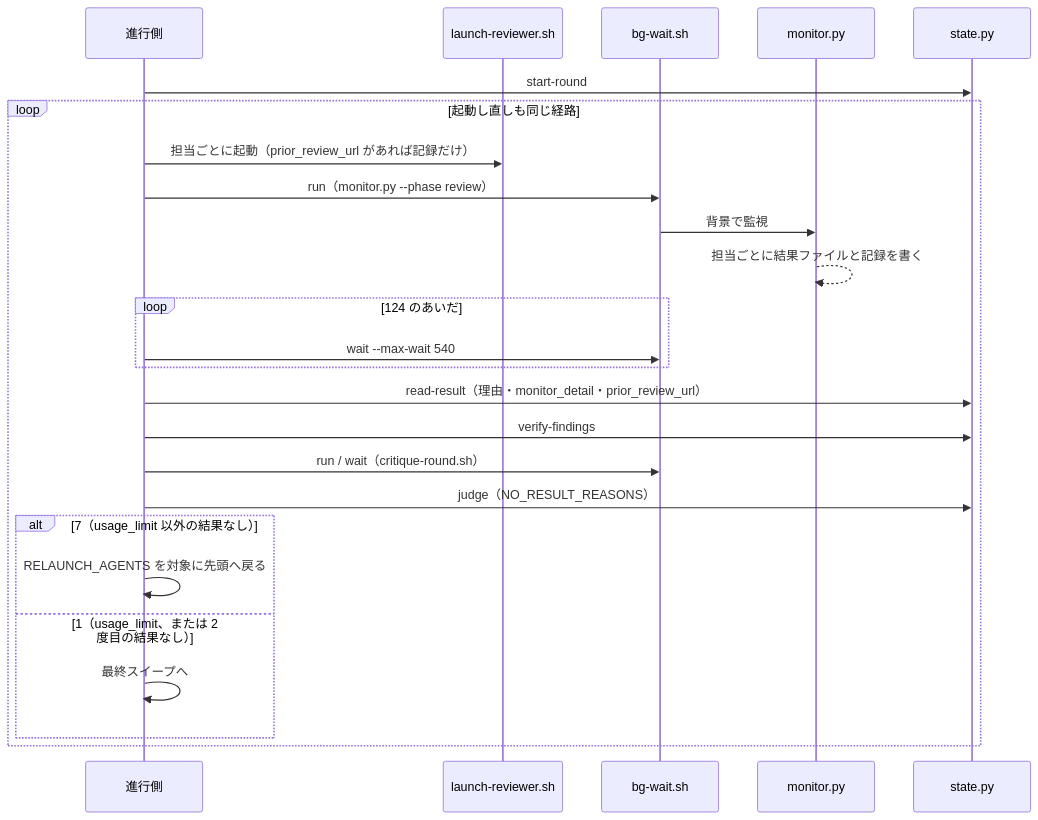
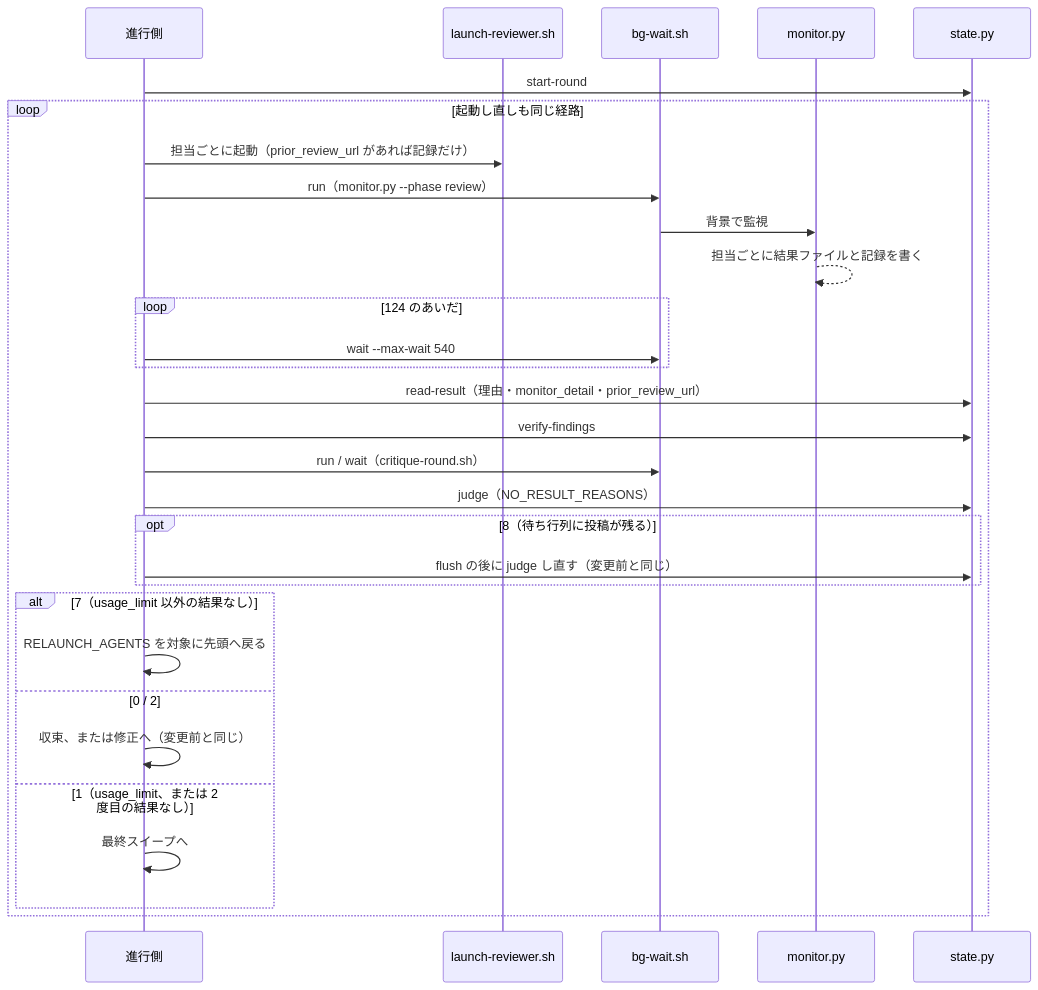
One commit to devbasex/ai-plugins changed the third of 5 diagrams in issues/issue-662-598-537-619-584-583-design.md. Above: the diagram before and after it, drawn with Mermaid. The commit also changed other lines of this file and 2 other files, not shown here.

Commit message:
Fix: 判定の終了コード 8 の枝の保持、HTTP 429 の分け方、claude の stdout.log の除外の例外、propose-tests の正規化を明記する（#666 レビュー対応）

````diff
--- a/issues/issue-662-598-537-619-584-583-design.md
+++ b/issues/issue-662-598-537-619-584-583-design.md
@@ -310,27 +311,32 @@
 ```mermaid
 sequenceDiagram
     participant H as 進行側
     participant L as launch-reviewer.sh
     participant B as bg-wait.sh
     participant M as monitor.py
     participant S as state.py
     H->>S: start-round
     loop 起動し直しも同じ経路
         H->>L: 担当ごとに起動（prior_review_url があれば記録だけ）
         H->>B: run（monitor.py --phase review）
         B->>M: 背景で監視
         M-->>M: 担当ごとに結果ファイルと記録を書く
         loop 124 のあいだ
             H->>B: wait --max-wait 540
         end
         H->>S: read-result（理由・monitor_detail・prior_review_url）
         H->>S: verify-findings
         H->>B: run / wait（critique-round.sh）
         H->>S: judge（NO_RESULT_REASONS）
+        opt 8（待ち行列に投稿が残る）
+            H->>S: flush の後に judge し直す（変更前と同じ）
+        end
         alt 7（usage_limit 以外の結果なし）
             H->>H: RELAUNCH_AGENTS を対象に先頭へ戻る
+        else 0 / 2
+            H->>H: 収束、または修正へ（変更前と同じ）
         else 1（usage_limit、または 2 度目の結果なし）
             H->>H: 最終スイープへ
         end
     end
 ```
````
